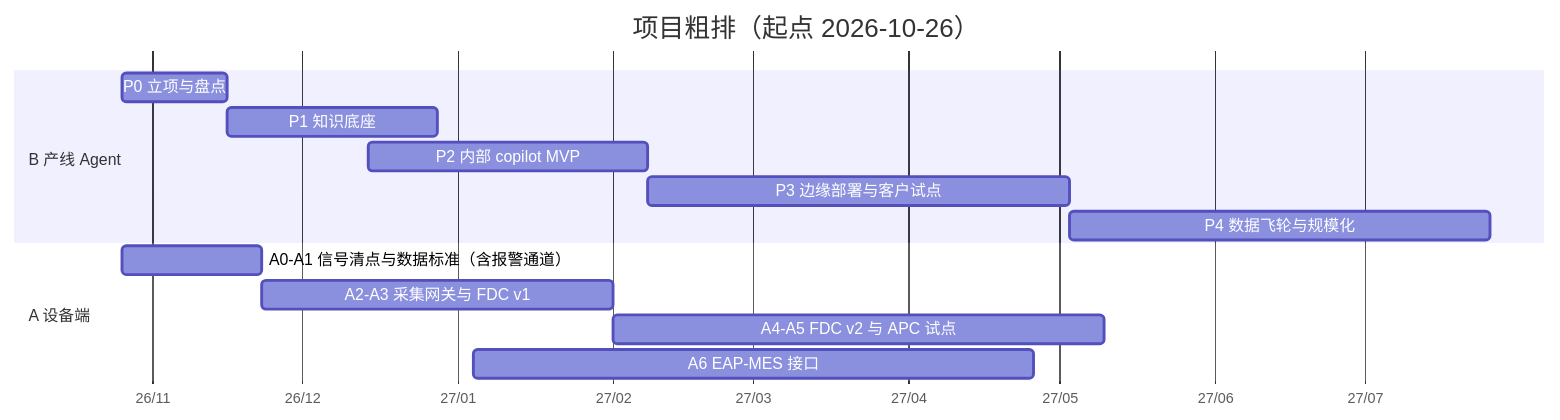
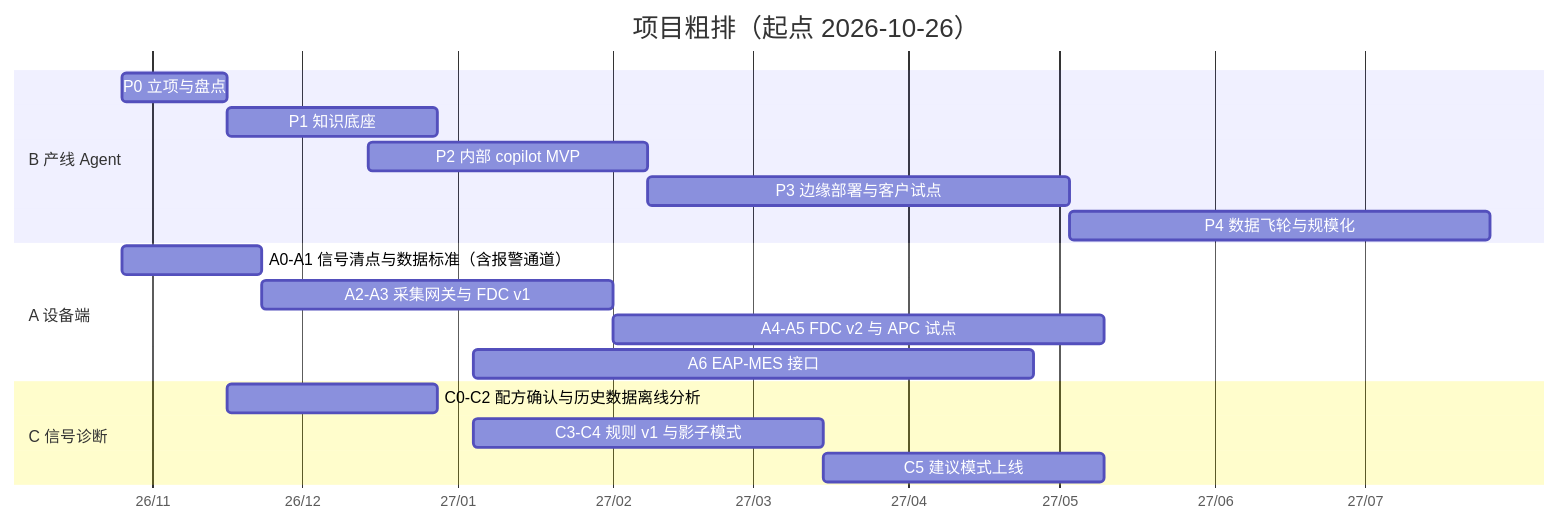
One commit to cnv8jv674v-cmd/CY changed the diagram in docs/03-roadmap-tasks.md. Above: the diagram before and after it, drawn with Mermaid. The commit also changed other lines of this file and 7 other files, not shown here.

````diff
--- a/docs/03-roadmap-tasks.md
+++ b/docs/03-roadmap-tasks.md
@@ -9,17 +9,21 @@
 ```mermaid
 gantt
   title 项目粗排（起点 2026-10-26）
   dateFormat YYYY-MM-DD
   axisFormat %y/%m
   section B 产线 Agent
   P0 立项与盘点          :p0, 2026-10-26, 21d
   P1 知识底座            :p1, 2026-11-16, 42d
   P2 内部 copilot MVP    :p2, 2026-12-14, 56d
   P3 边缘部署与客户试点  :p3, 2027-02-08, 84d
   P4 数据飞轮与规模化    :p4, 2027-05-03, 84d
   section A 设备端
   A0-A1 信号清点与数据标准（含报警通道） :a0, 2026-10-26, 28d
   A2-A3 采集网关与 FDC v1  :a2, 2026-11-23, 70d
   A4-A5 FDC v2 与 APC 试点 :a4, 2027-02-01, 98d
   A6 EAP-MES 接口          :a6, 2027-01-04, 112d
+  section C 信号诊断
+  C0-C2 配方确认与历史数据离线分析 :c0, 2026-11-16, 42d
+  C3-C4 规则 v1 与影子模式 :c3, 2027-01-04, 70d
+  C5 建议模式上线 :c5, 2027-03-15, 56d
 ```
````
